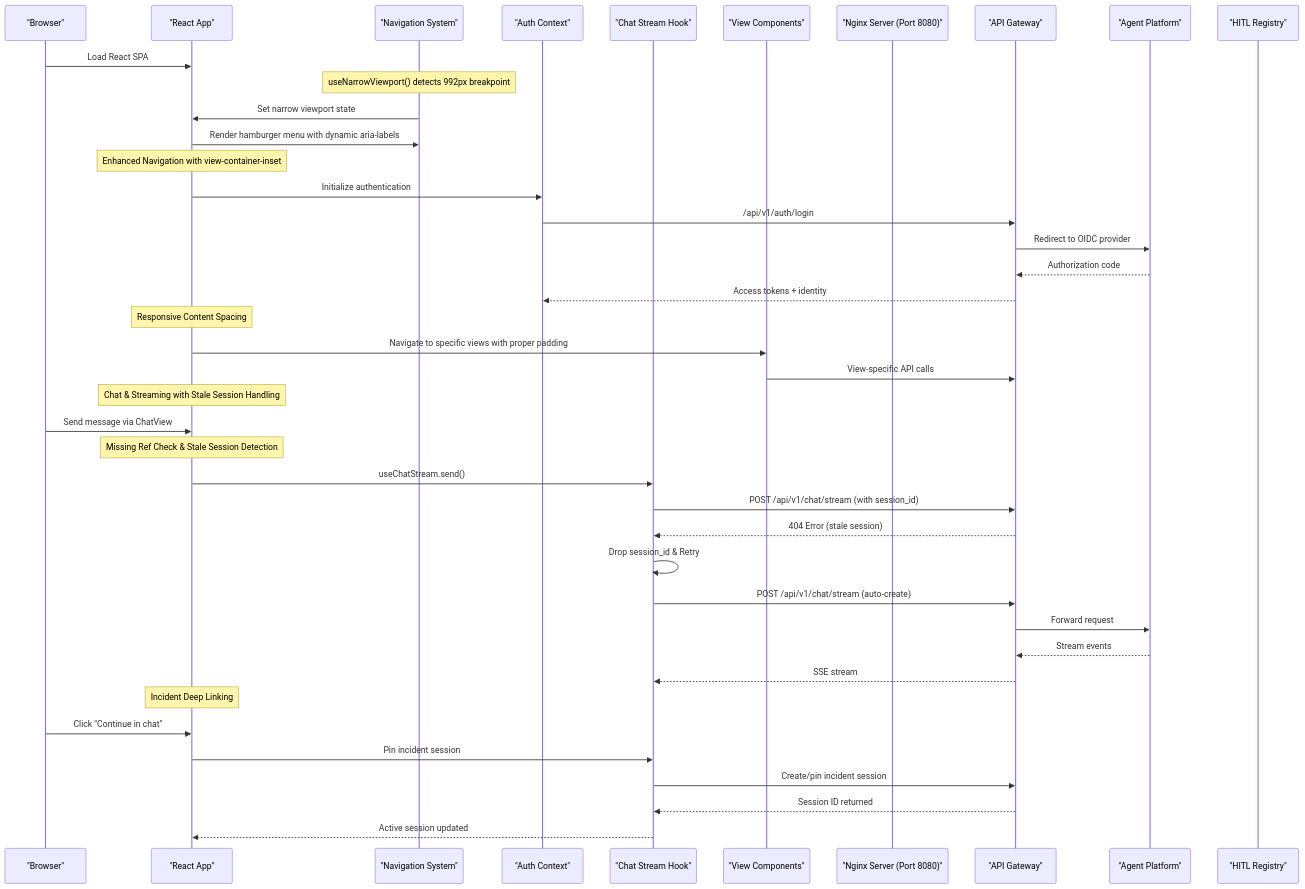
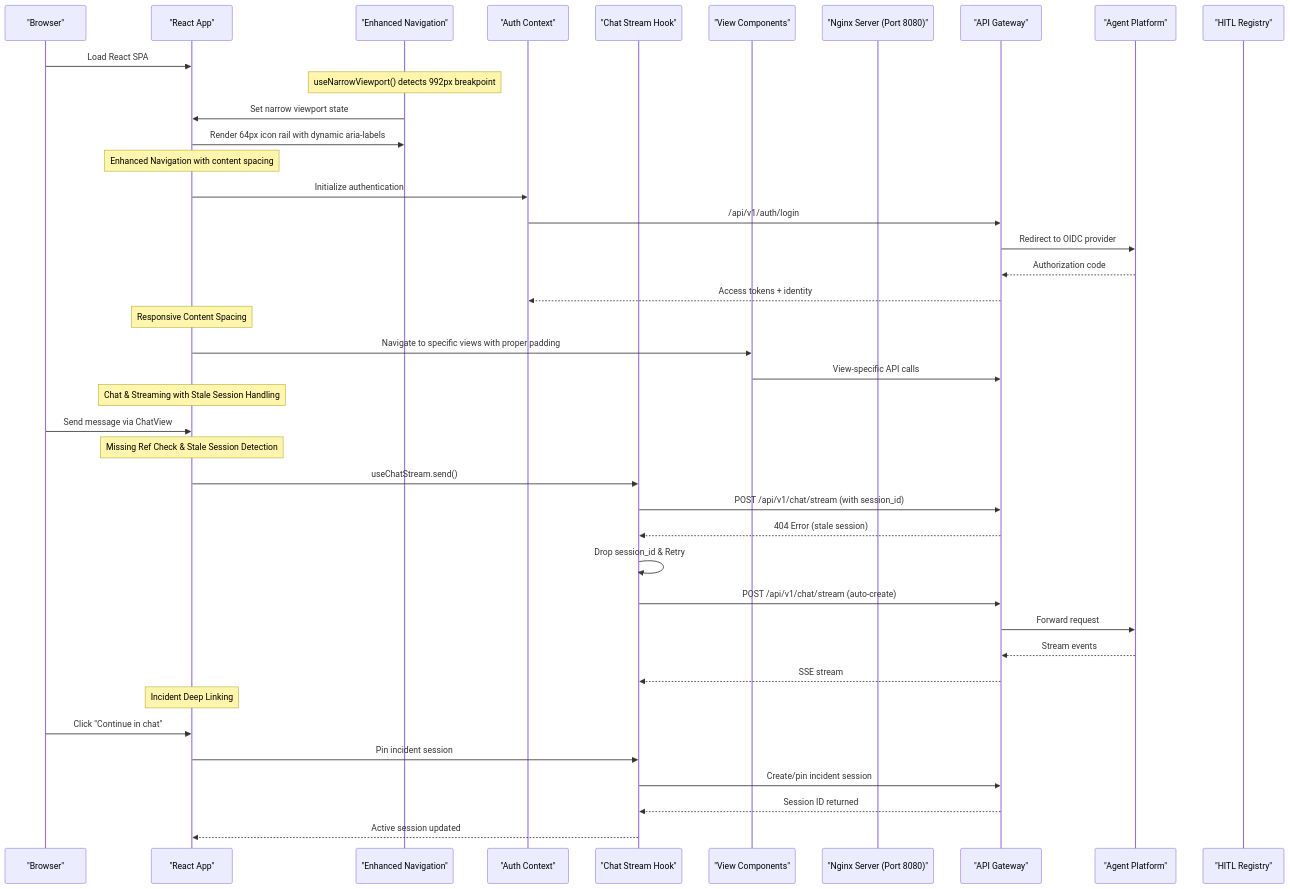
Before and after one commit to metasync/luban-aiops: the second of 2 diagrams in .qoder/repowiki/en/content/Operator Portal.md, drawn with Mermaid. The commit also changed other lines of this file and 16 other files, not shown here.

````diff
--- a/.qoder/repowiki/en/content/Operator Portal.md
+++ b/.qoder/repowiki/en/content/Operator Portal.md
@@ -218,43 +222,43 @@
 ```mermaid
 sequenceDiagram
 participant User as "Browser"
 participant React as "React App"
-participant Nav as "Navigation System"
+participant Nav as "Enhanced Navigation"
 participant Auth as "Auth Context"
 participant Stream as "Chat Stream Hook"
 participant Views as "View Components"
 participant Nginx as "Nginx Server (Port 8080)"
 participant Gateway as "API Gateway"
 participant Agent as "Agent Platform"
 participant HITL as "HITL Registry"
 User->>React : Load React SPA
 Note over Nav : useNarrowViewport() detects 992px breakpoint
 Nav->>React : Set narrow viewport state
-React->>Nav : Render hamburger menu with dynamic aria-labels
-Note over React : Enhanced Navigation with view-container-inset
+React->>Nav : Render 64px icon rail with dynamic aria-labels
+Note over React : Enhanced Navigation with content spacing
 React->>Auth : Initialize authentication
 Auth->>Gateway : /api/v1/auth/login
 Gateway->>Agent : Redirect to OIDC provider
 Agent-->>Gateway : Authorization code
 Gateway-->>Auth : Access tokens + identity
 Note over React : Responsive Content Spacing
 React->>Views : Navigate to specific views with proper padding
 Views->>Gateway : View-specific API calls
 Note over React : Chat & Streaming with Stale Session Handling
 User->>React : Send message via ChatView
 Note over React : Missing Ref Check & Stale Session Detection
 React->>Stream : useChatStream.send()
 Stream->>Gateway : POST /api/v1/chat/stream (with session_id)
 Gateway-->>Stream : 404 Error (stale session)
 Stream->>Stream : Drop session_id & Retry
 Stream->>Gateway : POST /api/v1/chat/stream (auto-create)
 Gateway->>Agent : Forward request
 Agent-->>Gateway : Stream events
 Gateway-->>Stream : SSE stream
 Note over React : Incident Deep Linking
 User->>React : Click "Continue in chat"
 React->>Stream : Pin incident session
 Stream->>Gateway : Create/pin incident session
 Gateway-->>Stream : Session ID returned
 Stream-->>React : Active session updated
 ```
````
